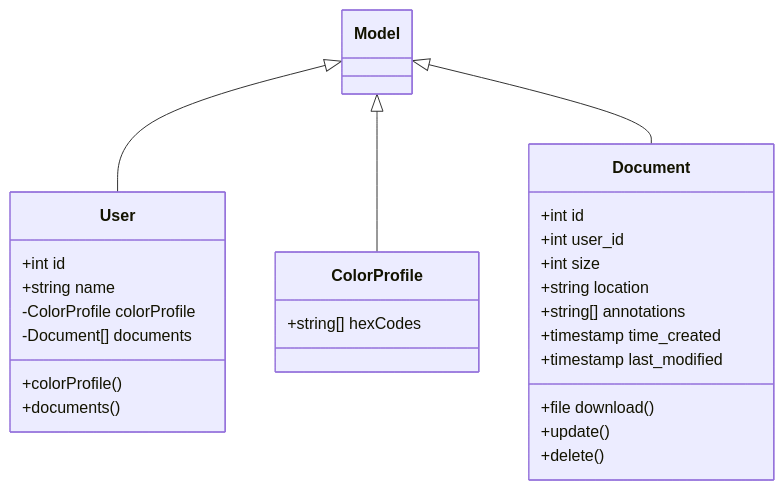
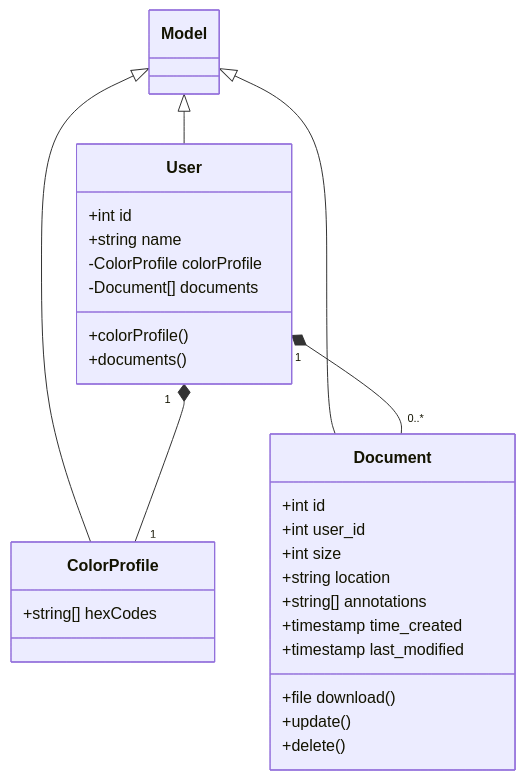
Before and after one commit to Capstone-Projects-2024-Spring/project-synesthesia-reading-app: the second of 2 diagrams in documentation/docs/system-architecture/design.md, drawn with Mermaid.

Commit message:
added relationships between models

````diff
--- a/documentation/docs/system-architecture/design.md
+++ b/documentation/docs/system-architecture/design.md
@@ -91,25 +91,27 @@
 ```mermaid
 classDiagram
   Model <|-- User
   Model <|-- ColorProfile
   Model <|-- Document
 
   User : +int id
   User : +string name
   User : -ColorProfile colorProfile
   User : -Document[] documents
   User : +colorProfile()
   User : +documents()
   ColorProfile : +string[] hexCodes
   Document : +int id
   Document : +int user_id
   Document : +int size
   Document : +string location
   Document : +string[] annotations
   Document : +timestamp time_created
   Document : +timestamp last_modified
   Document : +file download()
   Document : +update()
   Document : +delete()
-  
+
+  User "1" *-- "1" ColorProfile
+  User "1" *-- "0..*" Document
 ```
````
